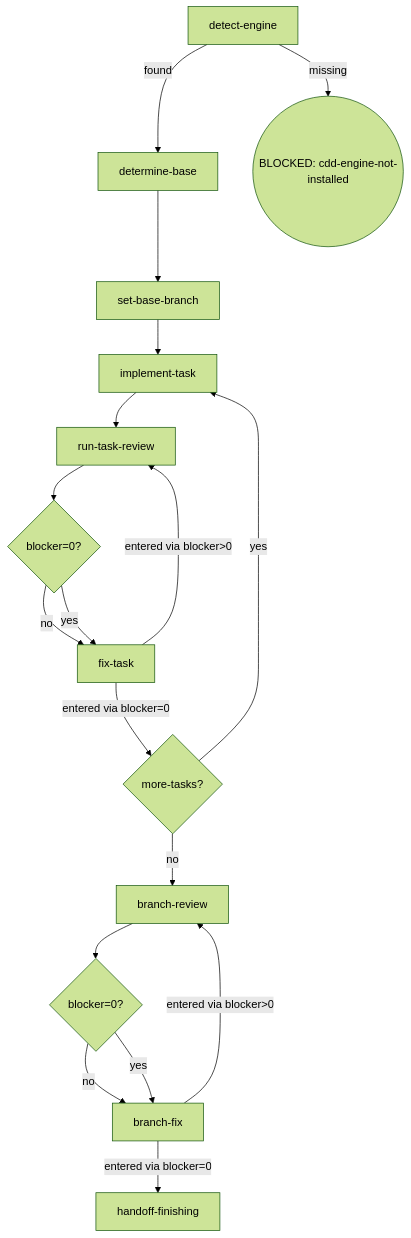
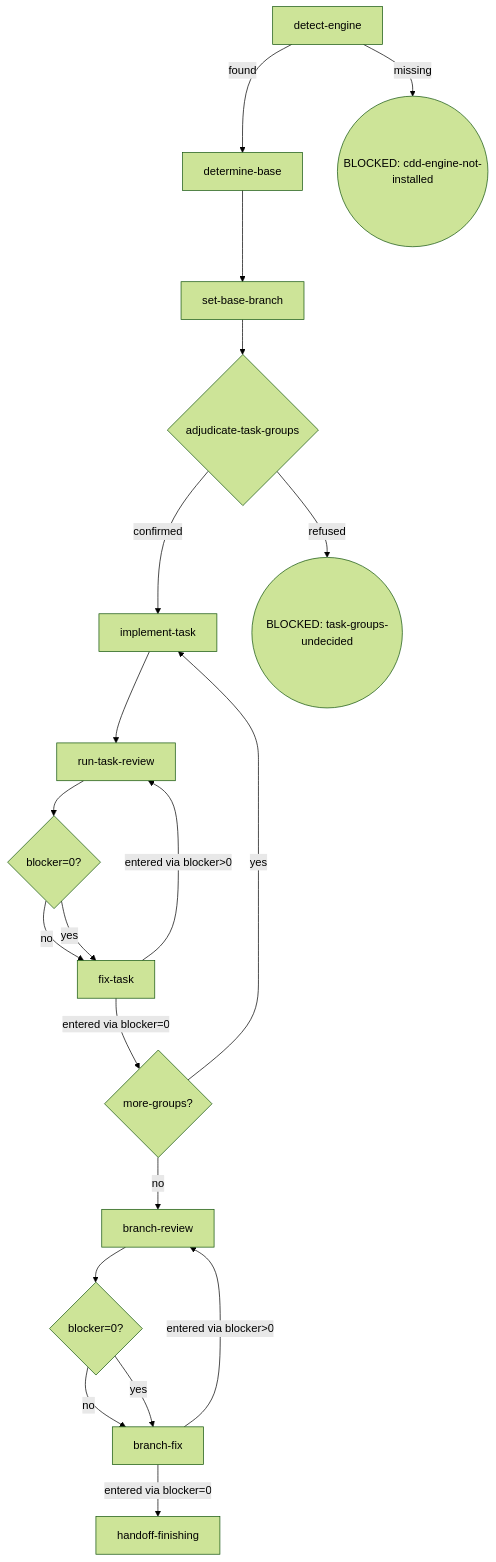
Before and after one commit to Oscaner/skills: the diagram in packages/osuperpowers/skills/cli-driven-development/SKILL.md, drawn with Mermaid (forest theme). The commit also changed other lines of this file, not shown here.

Commit message:
docs(osuperpowers): task-groups adjudication node + --tasks invocation chain in cli-driven-development (P4.3 Task 4)

````diff
--- a/packages/osuperpowers/skills/cli-driven-development/SKILL.md
+++ b/packages/osuperpowers/skills/cli-driven-development/SKILL.md
@@ -12,20 +12,22 @@
 ```mermaid
 flowchart TD
   A[detect-engine] -->|found| B[determine-base]
   A -->|missing| Z0((BLOCKED: cdd-engine-not-installed))
   B --> C[set-base-branch]
-  C --> D[implement-task]
+  C --> T{adjudicate-task-groups}
+  T -->|confirmed| D[implement-task]
+  T -->|refused| Z1((BLOCKED: task-groups-undecided))
   D --> E[run-task-review]
   E --> F{blocker=0?}
   F -->|no| G[fix-task]
   F -->|yes| G
   G -->|entered via blocker>0| E
-  G -->|entered via blocker=0| H{more-tasks?}
+  G -->|entered via blocker=0| H{more-groups?}
   H -->|yes| D
   H -->|no| K[branch-review]
   K --> I{blocker=0?}
   I -->|no| J[branch-fix]
   I -->|yes| J
   J -->|entered via blocker>0| K
   J -->|entered via blocker=0| L[handoff-finishing]
 ```
````
